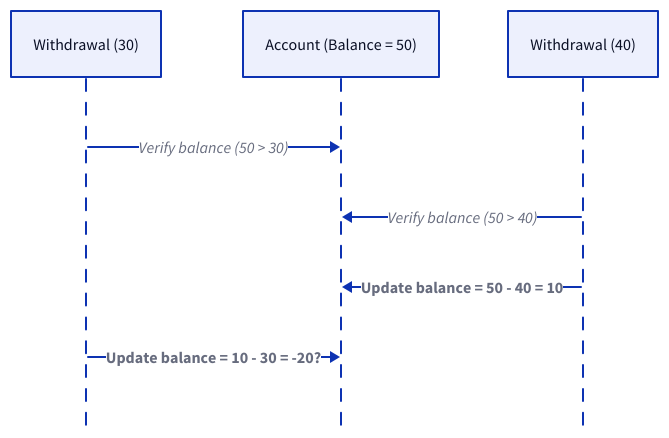
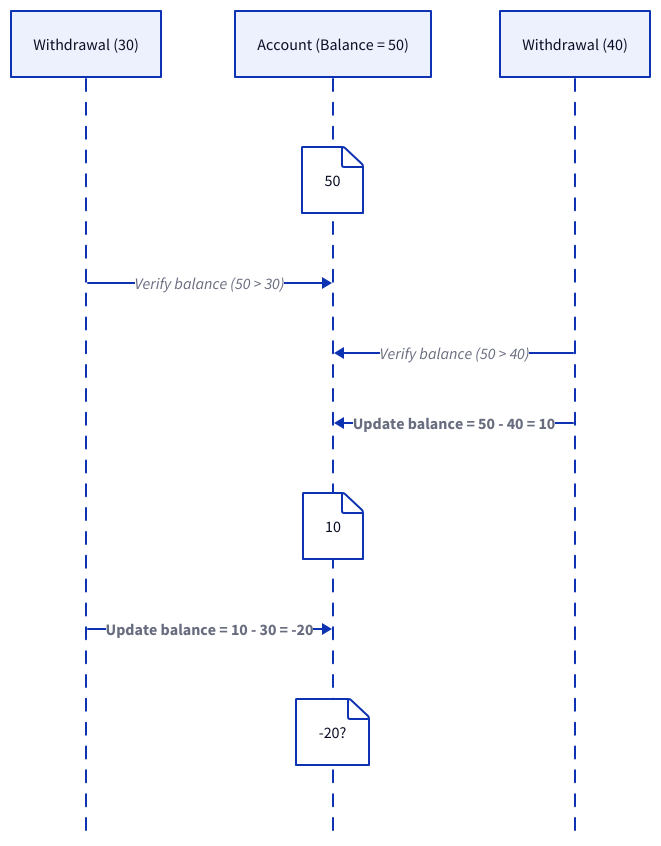
One commit to link1905/system-design-101 changed the first of 29 diagrams in content/docs/data-persistence/sql-database/concurrency-control.md. Above: the diagram before and after it, drawn with D2. The commit also changed other lines of this file and 40 other files, not shown here.

````diff
--- a/content/docs/data-persistence/sql-database/concurrency-control.md
+++ b/content/docs/data-persistence/sql-database/concurrency-control.md
@@ -40,14 +41,23 @@
 ```d2
 shape: sequence_diagram
 w: Withdrawal (30)
 a: Account (Balance = 50)
 d: Withdrawal (40)
+a {
+  "50"
+}
 w -> a: Verify balance (50 > 30)
 d -> a: Verify balance (50 > 40)
 d -> a: Update balance = 50 - 40 = 10 {
     style.bold: true
 }
-w -> a: Update balance = 10 - 30 = -20? {
+a {
+  "10"
+}
+w -> a: Update balance = 10 - 30 = -20 {
     style.bold: true
 }
+a {
+  "-20?"
+}
 ```
````
